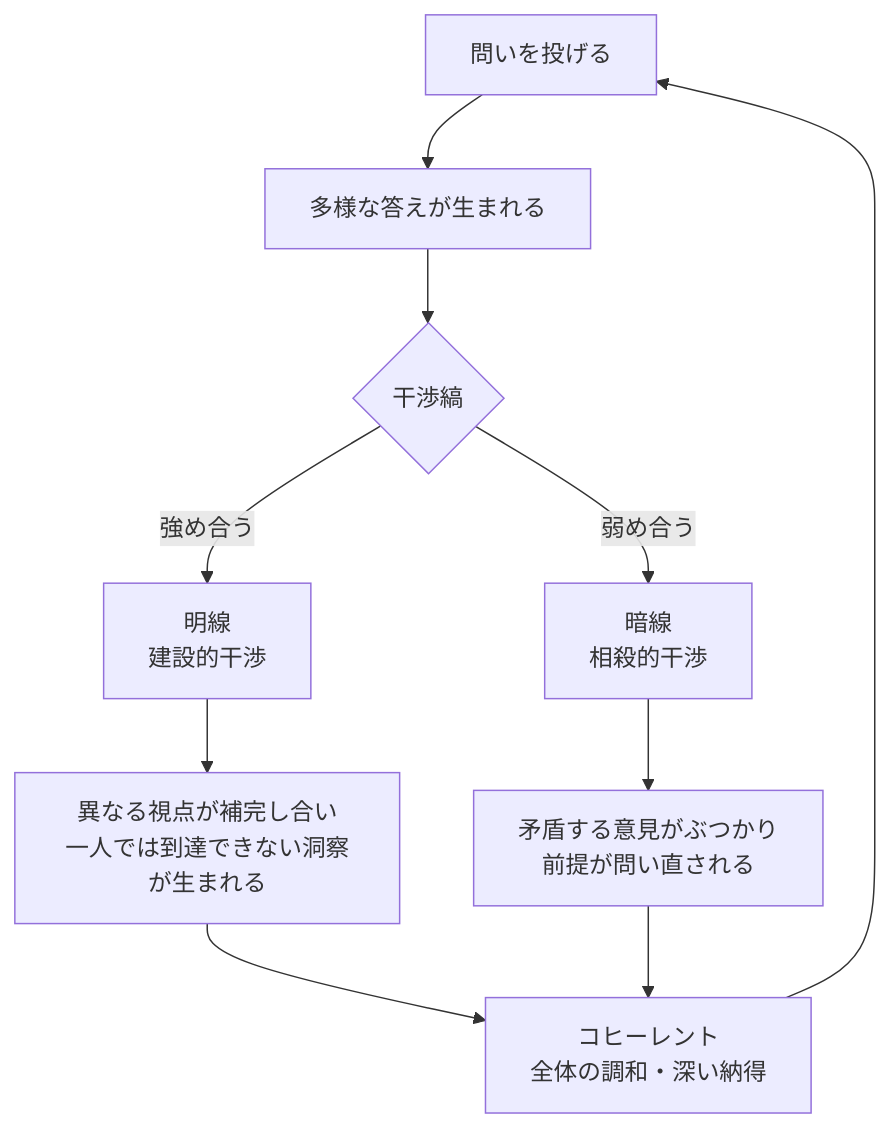
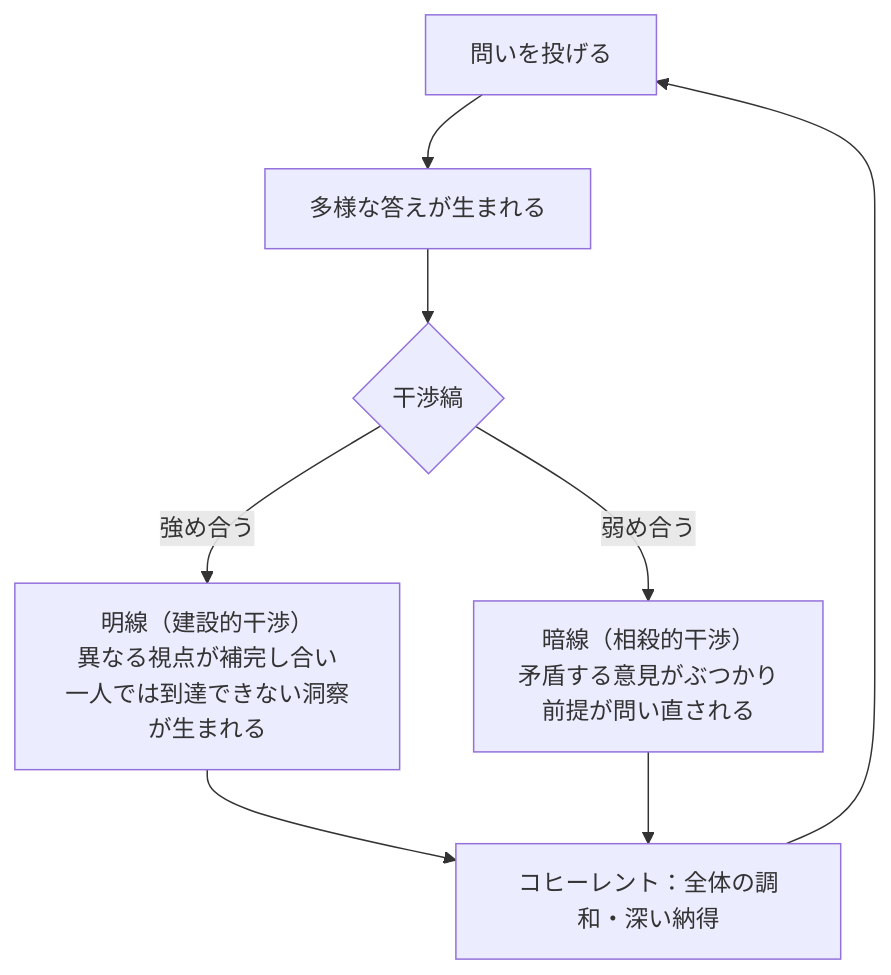
The third of 8 diagrams in kaetsu-ariake-ai-kenshu-02-20260325.md (VOMOYA/nalba-ai-education-report), drawn with Mermaid before and after one commit. The commit also changed other lines of this file, not shown here.

````diff
--- a/kaetsu-ariake-ai-kenshu-02-20260325.md
+++ b/kaetsu-ariake-ai-kenshu-02-20260325.md
@@ -91,12 +87,10 @@
 ```mermaid
 graph TD
     A[問いを投げる] --> B[多様な答えが生まれる]
     B --> C{干渉縞}
-    C -->|強め合う| D[明線<br/>建設的干渉]
-    C -->|弱め合う| E[暗線<br/>相殺的干渉]
-    D --> F["異なる視点が補完し合い<br/>一人では到達できない洞察が生まれる"]
-    E --> G["矛盾する意見がぶつかり<br/>前提が問い直される"]
-    F --> H[コヒーレント<br/>全体の調和・深い納得]
-    G --> H
+    C -->|強め合う| D["明線（建設的干渉）<br/>異なる視点が補完し合い<br/>一人では到達できない洞察が生まれる"]
+    C -->|弱め合う| E["暗線（相殺的干渉）<br/>矛盾する意見がぶつかり<br/>前提が問い直される"]
+    D --> H[コヒーレント：全体の調和・深い納得]
+    E --> H
     H --> A
 ```
````
